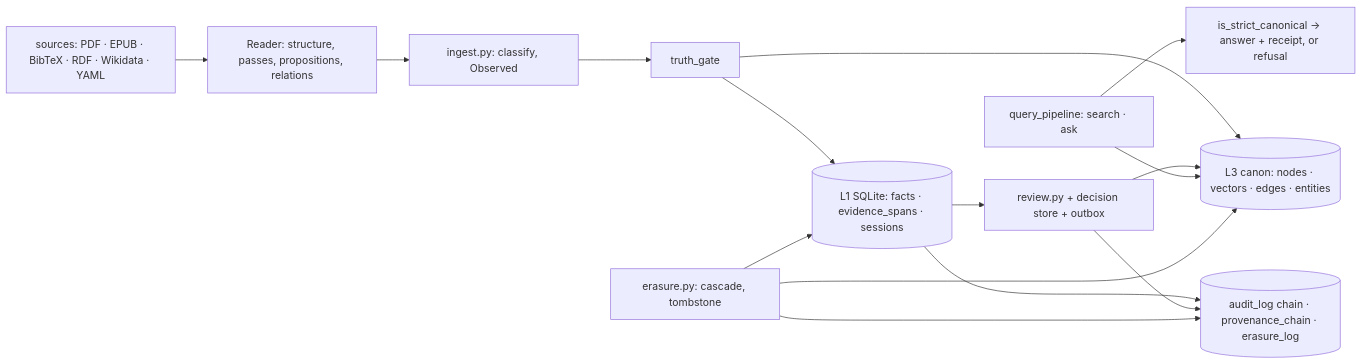
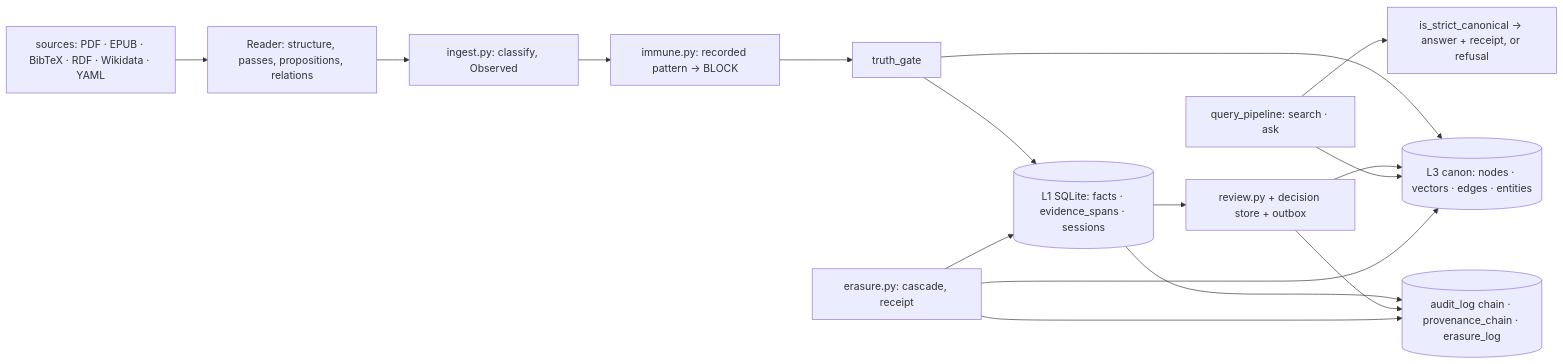
Before and after one commit to neoneye/agent-memory-atlas: the second of 2 diagrams in content/systems/velantrim-exocortex-crystal.md, drawn with Mermaid. The commit also changed other lines of this file and 17 other files, not shown here.

First line of the commit message:
Velantrim Crystal re-read at df4a651a: the immune memory is a value-keyed rejection record consulted before the gate, tombstone awarded with its limits; the erasure receipt stays a receipt; count 32 of 385

````diff
--- a/content/systems/velantrim-exocortex-crystal.md
+++ b/content/systems/velantrim-exocortex-crystal.md
@@ -141,18 +168,19 @@
 ```mermaid
-%% caption: sources pass through the Reader into propositions, the ingest path stores a fact in L1 and admits it through the truth gate into the L3 canon, the curator works the queue, and the read-only query path answers from strict canon or refuses; audit, provenance and erasure logs sit beside the store
+%% caption: sources pass through the Reader into propositions, the ingest path stores a fact in L1, screens it against the immune memory and admits it through the truth gate into the L3 canon, the curator works the queue, and the read-only query path answers from strict canon or refuses; audit, provenance and erasure logs sit beside the store
 flowchart LR
     SRC["sources: PDF · EPUB · BibTeX · RDF · Wikidata · YAML"] --> RD["Reader: structure, passes, propositions, relations"]
     RD --> ING["ingest.py: classify, Observed"]
-    ING --> TG["truth_gate"]
+    ING --> IM["immune.py: recorded pattern → BLOCK"]
+    IM --> TG["truth_gate"]
     TG --> L1[("L1 SQLite: facts · evidence_spans · sessions")]
     TG --> L3[("L3 canon: nodes · vectors · edges · entities")]
     L1 --> REV["review.py + decision store + outbox"]
     REV --> L3
     Q["query_pipeline: search · ask"] --> L3
     Q --> CV["is_strict_canonical → answer + receipt, or refusal"]
     L1 --> AUD[("audit_log chain · provenance_chain · erasure_log")]
     REV --> AUD
-    ER["erasure.py: cascade, tombstone"] --> L1
+    ER["erasure.py: cascade, receipt"] --> L1
     ER --> L3
     ER --> AUD
 ```
````
